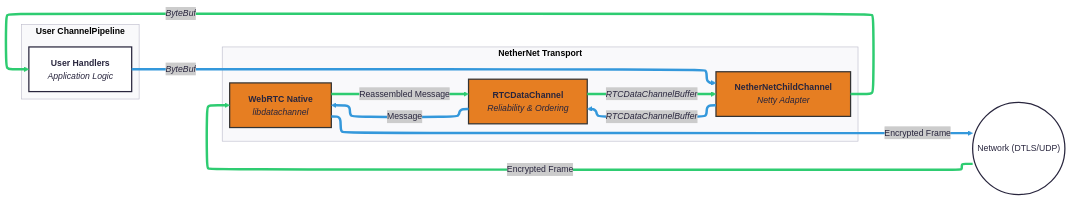
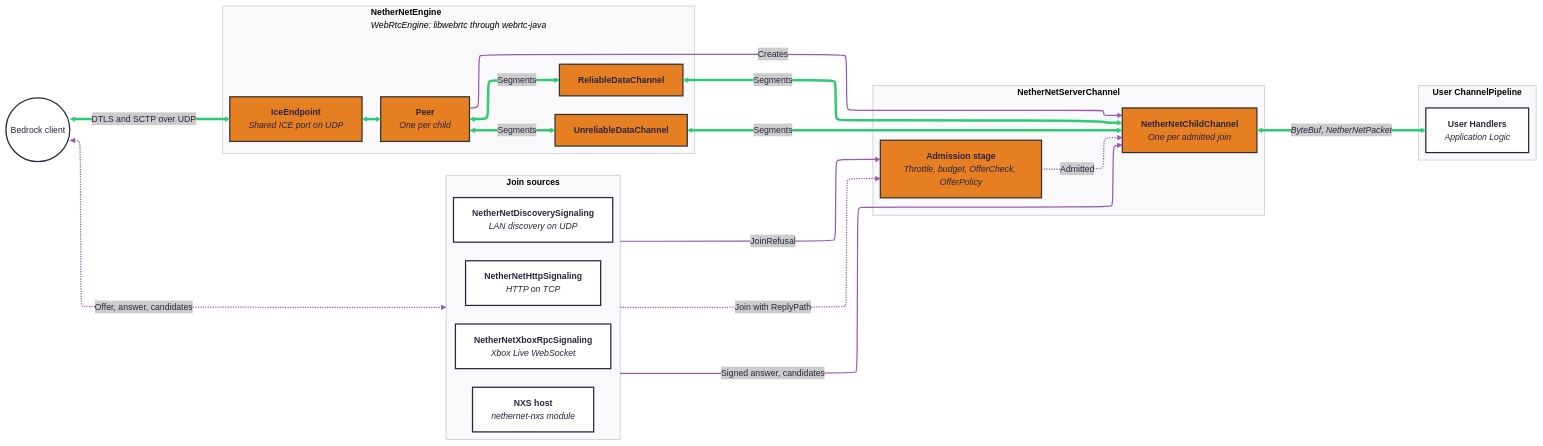
The diagram in .github/readme/nethernet_server_light.mmd (EduGeyser/NetworkM), drawn with Mermaid before and after one commit. The commit also changed 8 other files, not shown here.

First line of the commit message:
Redraw the NetherNet packet flow diagrams

```diff
--- a/.github/readme/nethernet_server_light.mmd
+++ b/.github/readme/nethernet_server_light.mmd
@@ -1,40 +1,57 @@
 ---
 config:
   layout: elk
   theme: redux
 ---
 flowchart LR
- subgraph TransportLayer["<b>NetherNet Transport</b>"]
-    direction TB
-    Native["<b>WebRTC Native</b><br><i>libdatachannel</i>"]
-    DataChannel["<b>RTCDataChannel</b><br><i>Reliability & Ordering</i>"]
-    ChildChannel["<b>NetherNetChildChannel</b><br><i>Netty Adapter</i>"]
+    Client(("Bedrock client"))
+
+ subgraph Sources["<b>Join sources</b>"]
+    Http["<b>NetherNetHttpSignaling</b><br><i>HTTP on TCP</i>"]
+    Xbox["<b>NetherNetXboxRpcSignaling</b><br><i>Xbox Live WebSocket</i>"]
+    Lan["<b>NetherNetDiscoverySignaling</b><br><i>LAN discovery on UDP</i>"]
+    Nxs["<b>NXS host</b><br><i>nethernet-nxs module</i>"]
+ end
+ subgraph Endpoint["<b>NetherNetServerChannel</b>"]
+    Admission["<b>Admission stage</b><br><i>Throttle, budget, OfferCheck, OfferPolicy</i>"]
+    Child["<b>NetherNetChildChannel</b><br><i>One per admitted join</i>"]
+ end
+ subgraph Engine["<b>NetherNetEngine</b><br><i>WebRtcEngine: libwebrtc through webrtc-java</i>"]
+    Ice["<b>IceEndpoint</b><br><i>Shared ICE port on UDP</i>"]
+    Peer["<b>Peer</b><br><i>One per child</i>"]
+    Reliable["<b>ReliableDataChannel</b>"]
+    Unreliable["<b>UnreliableDataChannel</b>"]
  end
  subgraph UserPipeline["<b>User ChannelPipeline</b>"]
     UserLogic["<b>User Handlers</b><br><i>Application Logic</i>"]
  end
 
-    Network(("Network (DTLS/UDP)"))
-    Network == Encrypted Frame ==> Native
-    Native == Reassembled Message ==> DataChannel
-    DataChannel == <i>RTCDataChannelBuffer</i> ==> ChildChannel
-    ChildChannel == <i>ByteBuf</i> ==> UserLogic
-    UserLogic == <i>ByteBuf</i> ==> ChildChannel
-    ChildChannel == <i>RTCDataChannelBuffer</i> ==> DataChannel
-    DataChannel == Message ==> Native
-    Native == Encrypted Frame ==> Network
-    Native:::shared
-    DataChannel:::shared
-    ChildChannel:::shared
+    %% Signaling
+    Client <-. Offer, answer, candidates .-> Sources
+    Sources -. Join with ReplyPath .-> Admission
+    Sources <-. JoinRefusal .- Admission
+    Admission -. Admitted .-> Child
+    Sources <-. Signed answer, candidates .- Child
+    Peer <-. Creates .- Child
+
+    %% Data
+    Client <== DTLS and SCTP over UDP ==> Ice
+    Ice <==> Peer
+    Peer <== Segments ==> Reliable
+    Peer <== Segments ==> Unreliable
+    Reliable <== Segments ==> Child
+    Unreliable <== Segments ==> Child
+    Child <== <i>ByteBuf</i>, <i>NetherNetPacket</i> ==> UserLogic
+
+    %% Styling
+    Admission:::shared
+    Child:::shared
+    Ice:::shared
+    Peer:::shared
+    Reliable:::shared
+    Unreliable:::shared
 
     classDef shared fill:#e67e22,stroke:#333,stroke-width:2px
 
-    linkStyle 0 stroke:#2ecc71,stroke-width:4px,color:#2ecc71
-    linkStyle 1 stroke:#2ecc71,stroke-width:4px,color:#2ecc71
-    linkStyle 2 stroke:#2ecc71,stroke-width:4px,color:#2ecc71
-    linkStyle 3 stroke:#2ecc71,stroke-width:4px,color:#2ecc71
-
-    linkStyle 4 stroke:#3498db,stroke-width:4px,color:#3498db
-    linkStyle 5 stroke:#3498db,stroke-width:4px,color:#3498db
-    linkStyle 6 stroke:#3498db,stroke-width:4px,color:#3498db
-    linkStyle 7 stroke:#3498db,stroke-width:4px,color:#3498db
+    linkStyle 0,1,2,3,4,5 stroke:#9b59b6,stroke-width:2px,color:#9b59b6
+    linkStyle 6,7,8,9,10,11,12 stroke:#2ecc71,stroke-width:4px,color:#2ecc71
```
